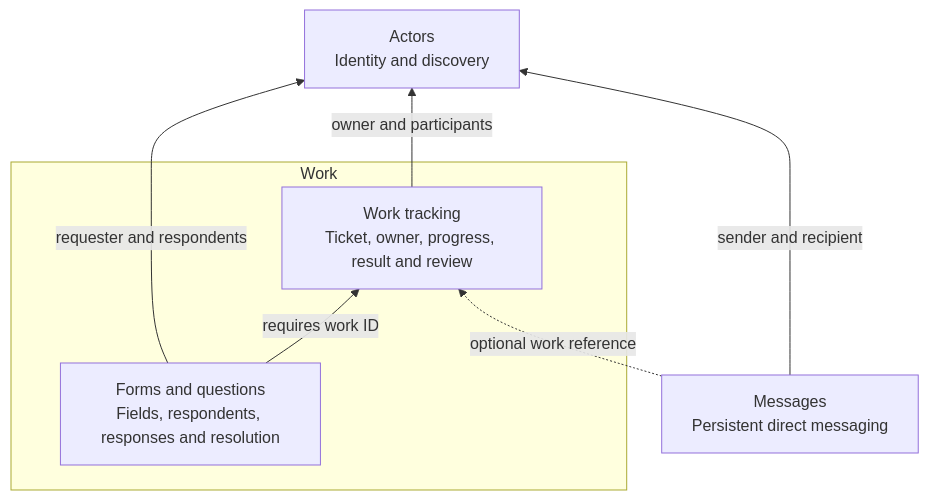
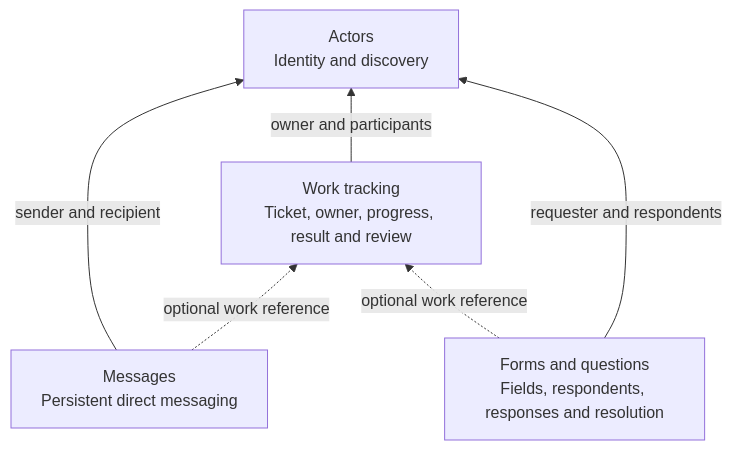
Before and after one commit to uniac-ai/AgenticWorkspace: the first of 2 diagrams in docs/design.md, drawn with Mermaid. The commit also changed other lines of this file and 10 other files, not shown here.

Commit message:
Allow Forms to stand independently from Work

````diff
--- a/docs/design.md
+++ b/docs/design.md
@@ -9,14 +9,12 @@
 ```mermaid
 flowchart BT
     A["Actors<br/>Identity and discovery"]
     M["Messages<br/>Persistent direct messaging"]
-    subgraph W["Work"]
-        T["Work tracking<br/>Ticket, owner, progress, result and review"]
-        F["Forms and questions<br/>Fields, respondents, responses and resolution"]
-        F -->|"requires work ID"| T
-    end
+    T["Work tracking<br/>Ticket, owner, progress, result and review"]
+    F["Forms and questions<br/>Fields, respondents, responses and resolution"]
+    F -.->|"optional work reference"| T
     M -->|"sender and recipient"| A
     T -->|"owner and participants"| A
     F -->|"requester and respondents"| A
     M -.->|"optional work reference"| T
 ```
````
